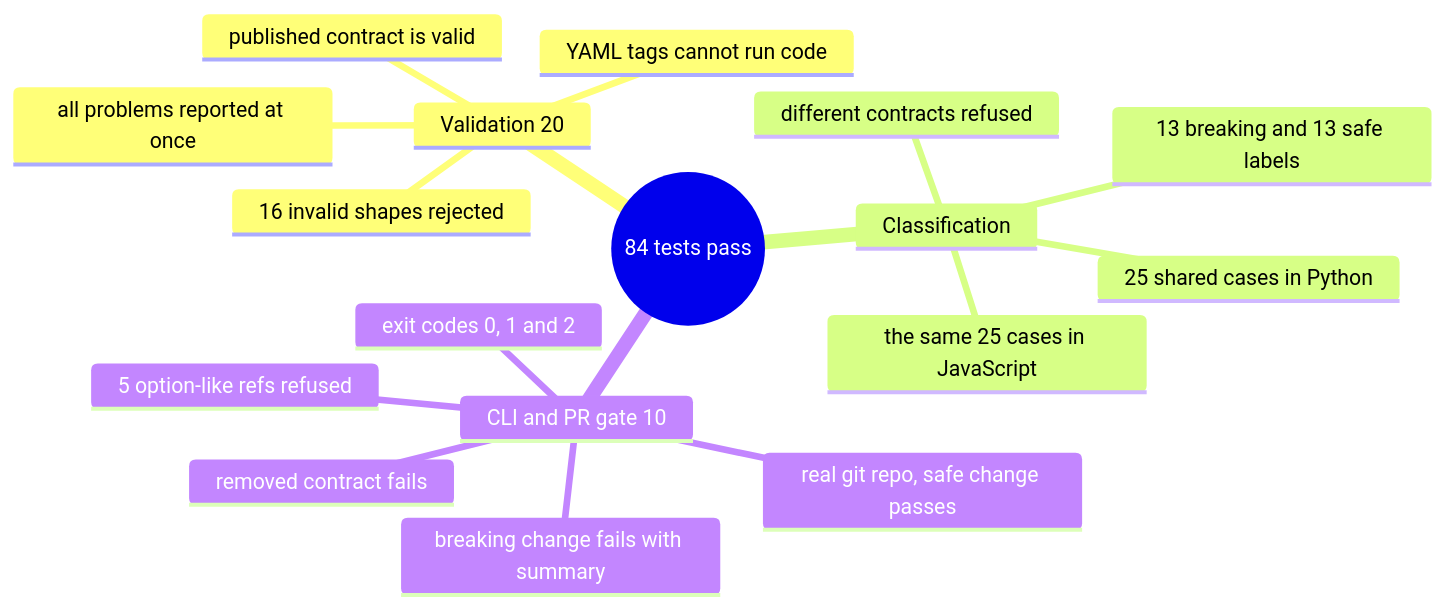
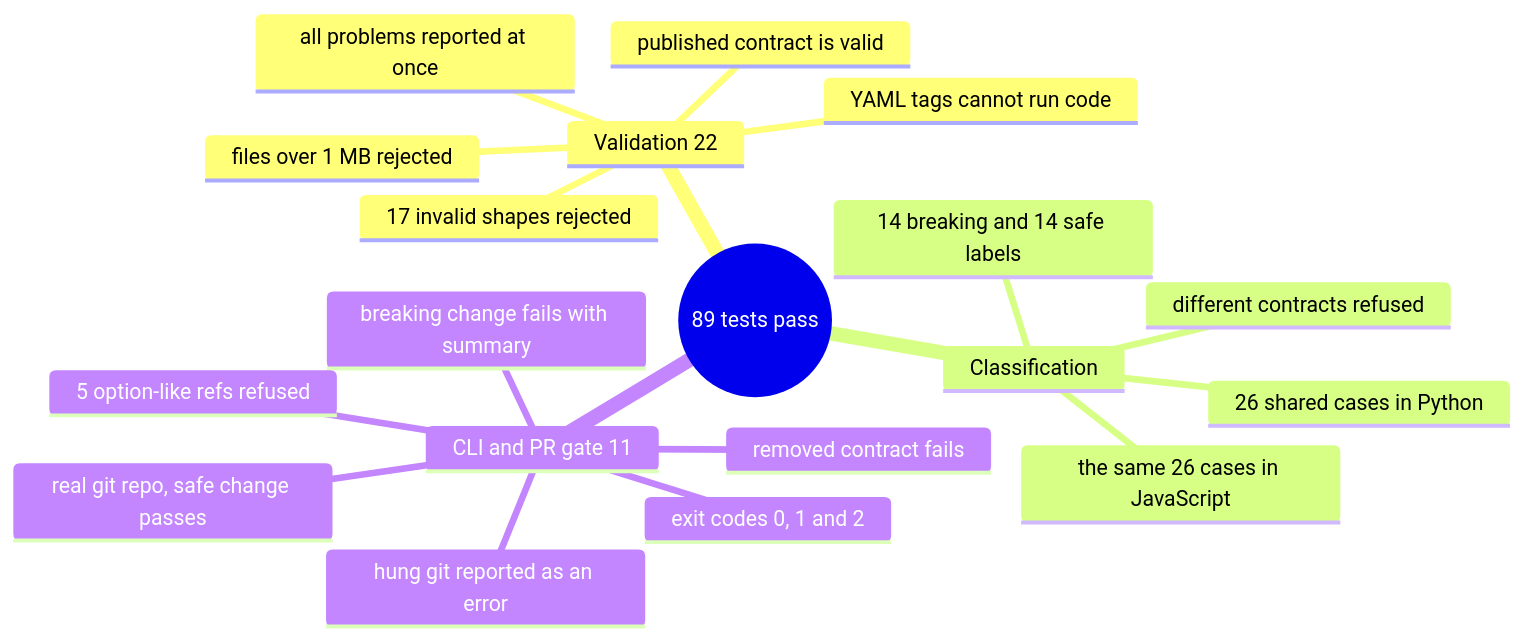
One commit to EquinoxWN/data-contracts-platform changed the second of 2 diagrams in README.md. Above: the diagram before and after it, drawn with Mermaid. The commit also changed other lines of this file and 2 other files, not shown here.

Commit message:
test: check the 10 quality rules, kill surviving mutants

````diff
--- a/README.md
+++ b/README.md
@@ -129,20 +131,22 @@
 ```mermaid
 mindmap
-  root((84 tests pass))
-    Validation 20
+  root((89 tests pass))
+    Validation 22
       published contract is valid
-      16 invalid shapes rejected
+      17 invalid shapes rejected
+      files over 1 MB rejected
       all problems reported at once
       YAML tags cannot run code
     Classification
-      25 shared cases in Python
-      the same 25 cases in JavaScript
-      13 breaking and 13 safe labels
+      26 shared cases in Python
+      the same 26 cases in JavaScript
+      14 breaking and 14 safe labels
       different contracts refused
-    CLI and PR gate 10
+    CLI and PR gate 11
       exit codes 0, 1 and 2
       real git repo, safe change passes
       breaking change fails with summary
       removed contract fails
       5 option-like refs refused
+      hung git reported as an error
 ```
````
